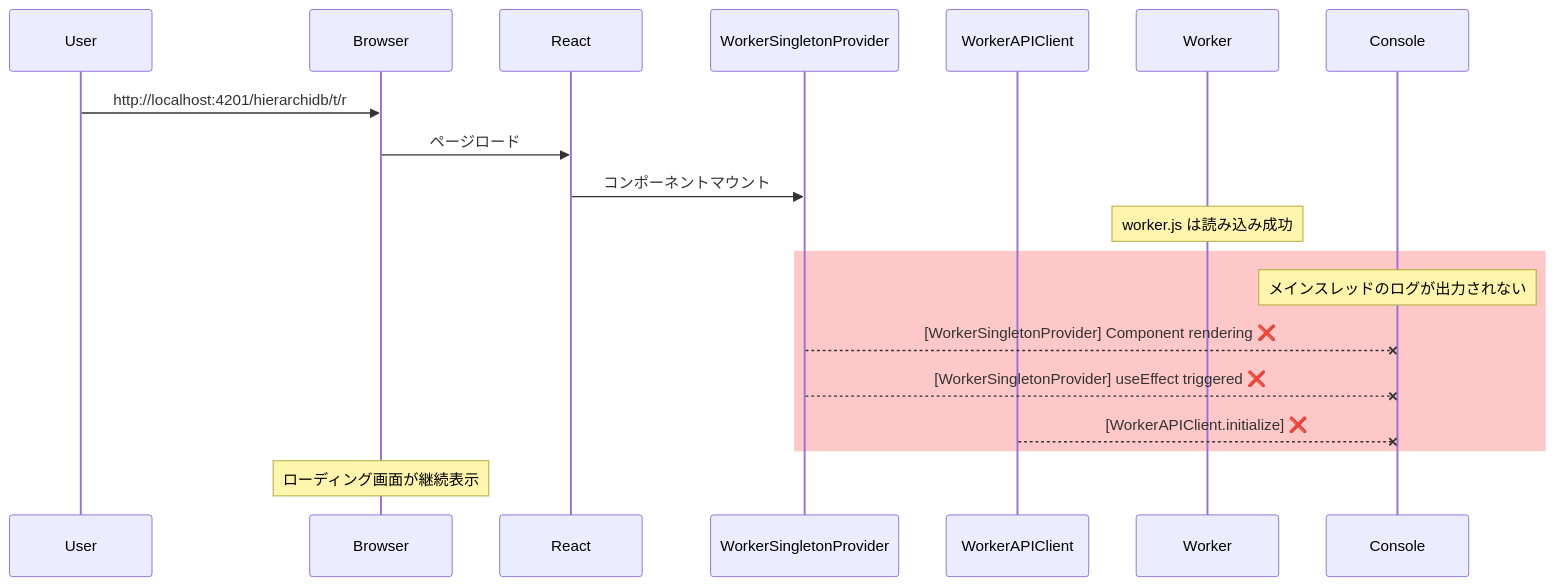
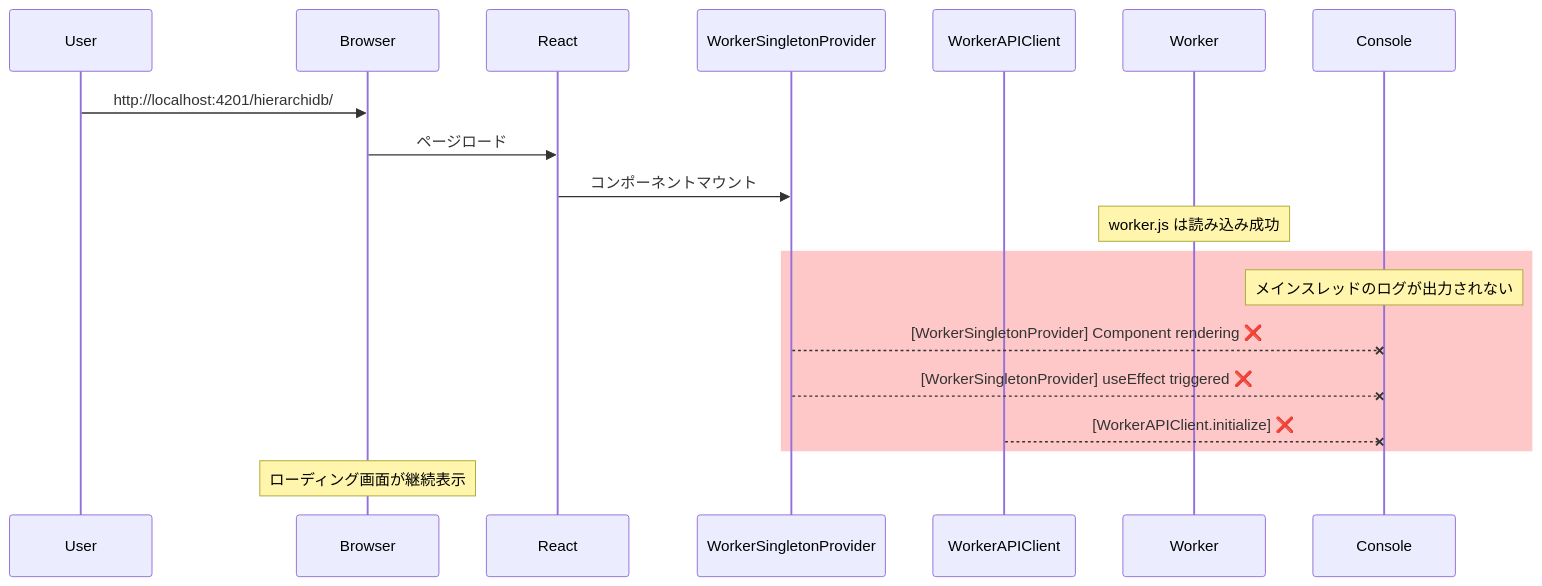
One commit to kubohiroya/hierarchidb changed the third of 4 diagrams in docs/architecture/worker-initialization-analysis.md. Above: the diagram before and after it, drawn with Mermaid. The commit also changed other lines of this file and 15 other files, not shown here.

````diff
--- a/docs/architecture/worker-initialization-analysis.md
+++ b/docs/architecture/worker-initialization-analysis.md
@@ -330,25 +330,25 @@
 ```mermaid
 sequenceDiagram
     participant User
     participant Browser
     participant React
     participant WorkerSingletonProvider
     participant WorkerAPIClient
     participant Worker
     participant Console
     
-    User->>Browser: http://localhost:4201/hierarchidb/t/r
+    User->>Browser: http://localhost:4201/hierarchidb/#/t/r
     Browser->>React: ページロード
     React->>WorkerSingletonProvider: コンポーネントマウント
     
     Note over Worker: worker.js は読み込み成功
     
     rect rgb(255, 200, 200)
         Note over Console: メインスレッドのログが出力されない
         WorkerSingletonProvider--xConsole: [WorkerSingletonProvider] Component rendering ❌
         WorkerSingletonProvider--xConsole: [WorkerSingletonProvider] useEffect triggered ❌
         WorkerAPIClient--xConsole: [WorkerAPIClient.initialize] ❌
     end
     
     Note over Browser: ローディング画面が継続表示
 ```
````
